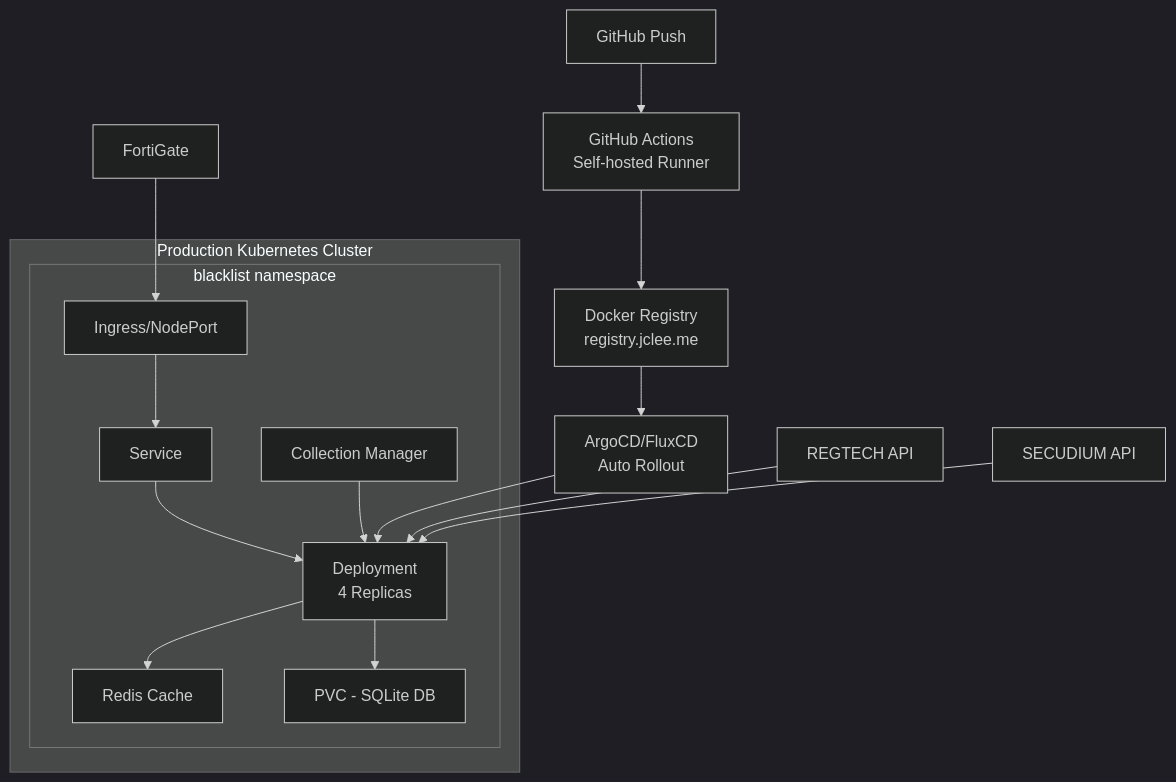
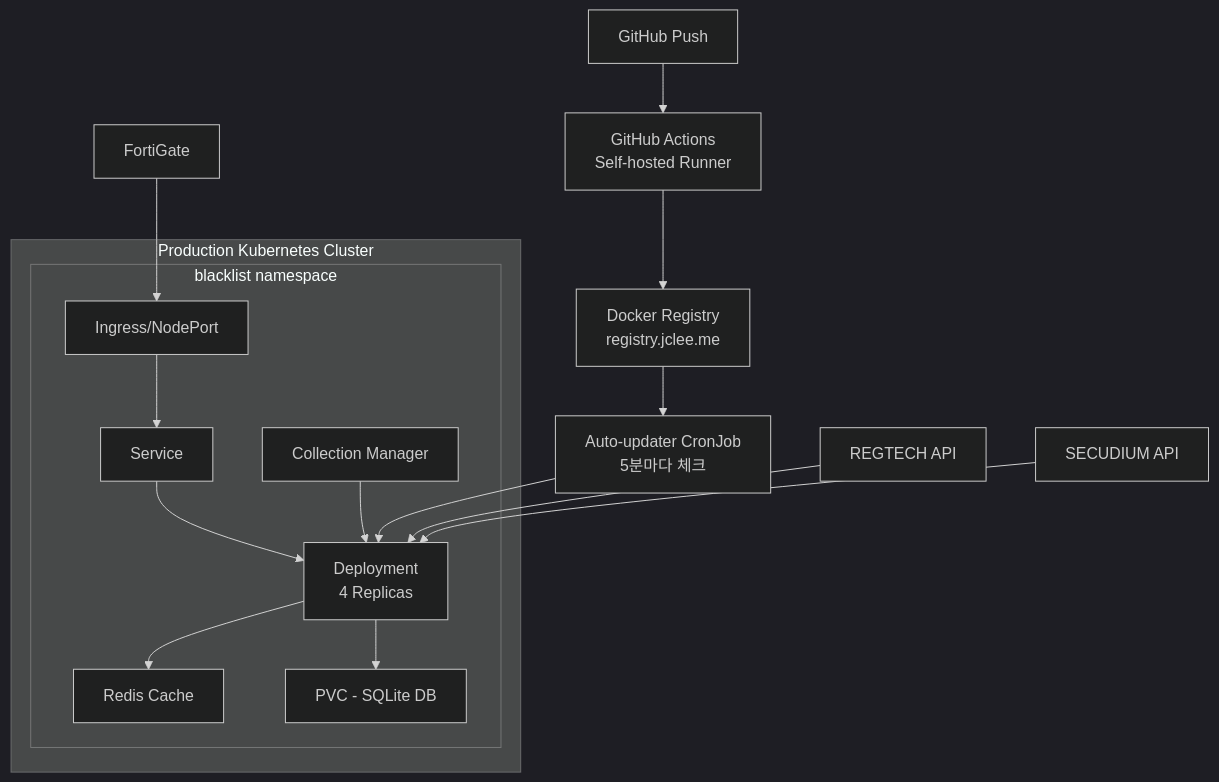
The diagram in README.md (JCLEE94/blacklist), drawn with Mermaid (dark theme) before and after one commit. The commit also changed other lines of this file and 1 other file, not shown here.

````diff
--- a/README.md
+++ b/README.md
@@ -11,21 +12,21 @@
 ```mermaid
 graph TB
     subgraph "Production Kubernetes Cluster"
         subgraph "blacklist namespace"
             A[Ingress/NodePort] --> B[Service]
             B --> C[Deployment<br/>4 Replicas]
             C --> D[Redis Cache]
             C --> E[PVC - SQLite DB]
             F[Collection Manager] --> C
         end
     end
     
     H[GitHub Push] --> I[GitHub Actions<br/>Self-hosted Runner]
     I --> J[Docker Registry<br/>registry.jclee.me]
-    J --> K[ArgoCD/FluxCD<br/>Auto Rollout]
+    J --> K[Auto-updater CronJob<br/>5분마다 체크]
     K --> C
     
     L[REGTECH API] --> C
     M[SECUDIUM API] --> C
     N[FortiGate] --> A
 ```
````
